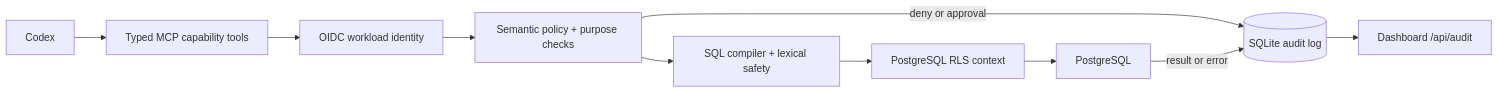
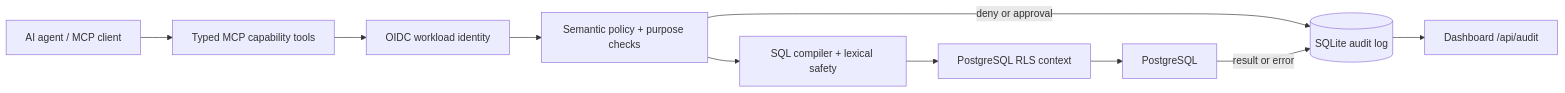
Before and after one commit to joyedz/SentiQL: the diagram in README.md, drawn with Mermaid. The commit also changed other lines of this file and 7 other files, not shown here.

````diff
--- a/README.md
+++ b/README.md
@@ -52,12 +52,12 @@
 ```mermaid
 flowchart LR
-  C[Codex] --> M[Typed MCP capability tools]
+  C["AI agent / MCP client"] --> M[Typed MCP capability tools]
   M --> I[OIDC workload identity]
   I --> P[Semantic policy + purpose checks]
   P -->|deny or approval| A[(SQLite audit log)]
   P --> S[SQL compiler + lexical safety]
   S --> R[PostgreSQL RLS context]
   R --> D[PostgreSQL]
   D -->|result or error| A
   A --> H[Dashboard /api/audit]
 ```
````
